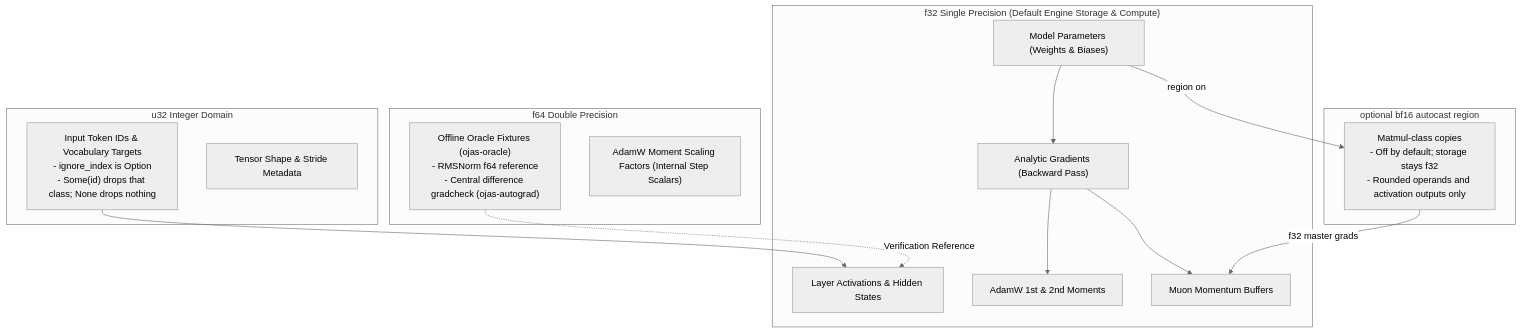
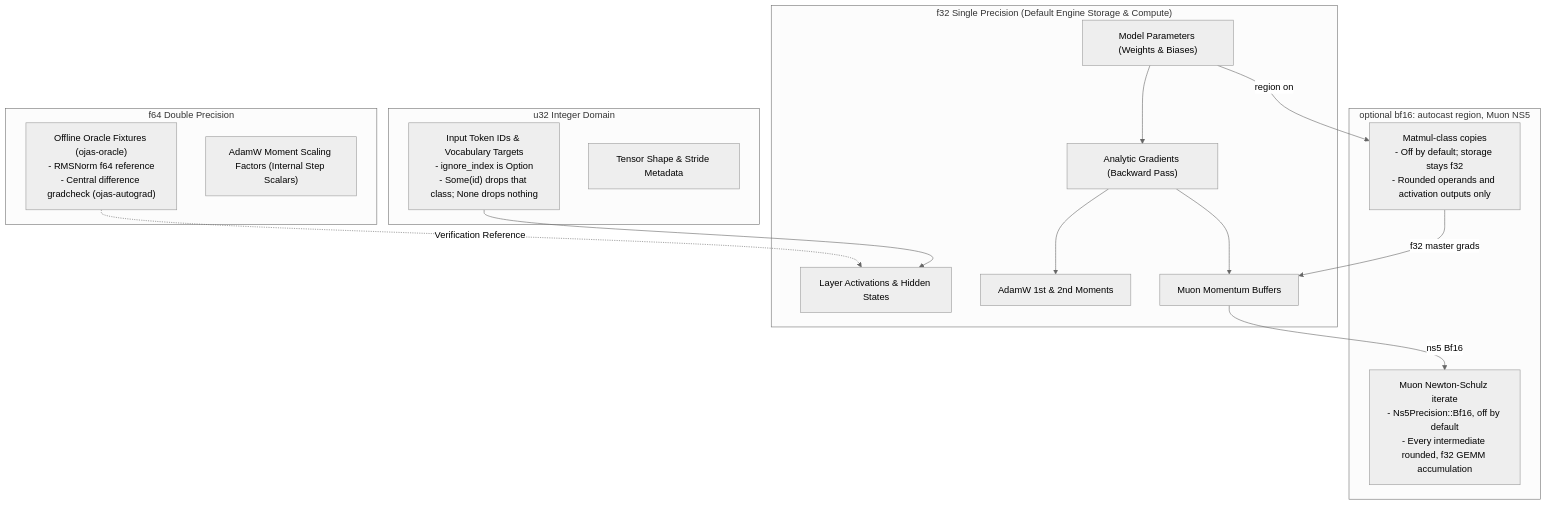
The first of 2 diagrams in docs/dtype-policy.md (bharathvbcr/ojas), drawn with Mermaid (neutral theme) before and after one commit. The commit also changed other lines of this file and 36 other files, not shown here.

````diff
--- a/docs/dtype-policy.md
+++ b/docs/dtype-policy.md
@@ -9,32 +9,34 @@
 ```mermaid
 flowchart TD
     subgraph F32Domain["f32 Single Precision (Default Engine Storage & Compute)"]
         Params["Model Parameters (Weights & Biases)"]
         Acts["Layer Activations & Hidden States"]
         Grads["Analytic Gradients (Backward Pass)"]
         AdamWStates["AdamW 1st & 2nd Moments"]
         MuonMom["Muon Momentum Buffers"]
     end
 
-    subgraph BF16Domain["optional bf16 autocast region"]
+    subgraph BF16Domain["optional bf16: autocast region, Muon NS5"]
         NSIterate["Matmul-class copies\n- Off by default; storage stays f32\n- Rounded operands and activation outputs only"]
+        NS5Bf16["Muon Newton-Schulz iterate\n- Ns5Precision::Bf16, off by default\n- Every intermediate rounded, f32 GEMM accumulation"]
     end
 
     subgraph U32Domain["u32 Integer Domain"]
         TokenIDs["Input Token IDs & Vocabulary Targets\n- ignore_index is Option<u32>\n- Some(id) drops that class; None drops nothing"]
         Dimensions["Tensor Shape & Stride Metadata"]
     end
 
     subgraph F64Domain["f64 Double Precision"]
         Oracles["Offline Oracle Fixtures (ojas-oracle)\n- RMSNorm f64 reference\n- Central difference gradcheck (ojas-autograd)"]
         Scalars["AdamW Moment Scaling Factors (Internal Step Scalars)"]
     end
 
     Params --> Grads
     Grads --> AdamWStates
     Grads --> MuonMom
     Params -->|region on| NSIterate
     NSIterate -->|f32 master grads| MuonMom
+    MuonMom -->|ns5 Bf16| NS5Bf16
     TokenIDs --> Acts
     Oracles -.->|Verification Reference| Acts
 ```
````
